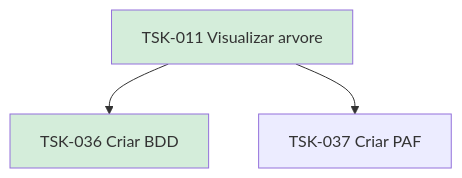
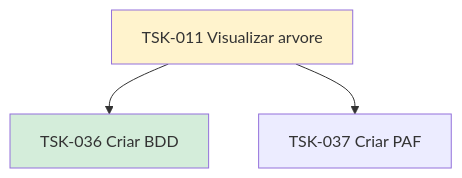
The diagram in flow/tasks/TSK-001-criar-epico/TSK-002-criar-as-historias/TSK-003-explorar/TSK-011-visualizar-arvore-de-arquivos/README.md (laerciogermano/workstation), drawn with Mermaid before and after one commit. The commit also changed other lines of this file and 53 other files, not shown here.

````diff
--- a/flow/tasks/TSK-001-criar-epico/TSK-002-criar-as-historias/TSK-003-explorar/TSK-011-visualizar-arvore-de-arquivos/README.md
+++ b/flow/tasks/TSK-001-criar-epico/TSK-002-criar-as-historias/TSK-003-explorar/TSK-011-visualizar-arvore-de-arquivos/README.md
@@ -12,10 +12,10 @@
 ```mermaid
 flowchart TD
   T011[TSK-011 Visualizar arvore]
   T036[TSK-036 Criar BDD]
   T037[TSK-037 Criar PAF]
   T011 --> T036
   T011 --> T037
-  style T011 fill:#d4edda
+  style T011 fill:#fff3cd
   style T036 fill:#d4edda
 ```
````
